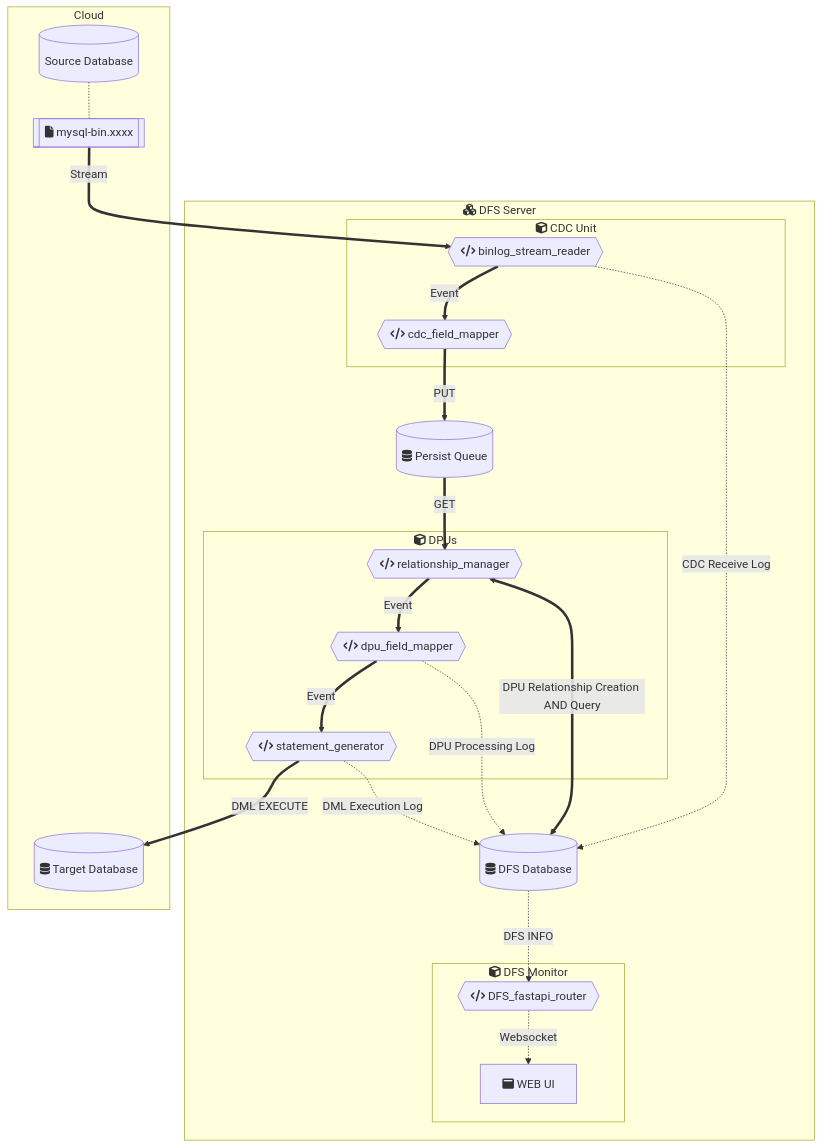
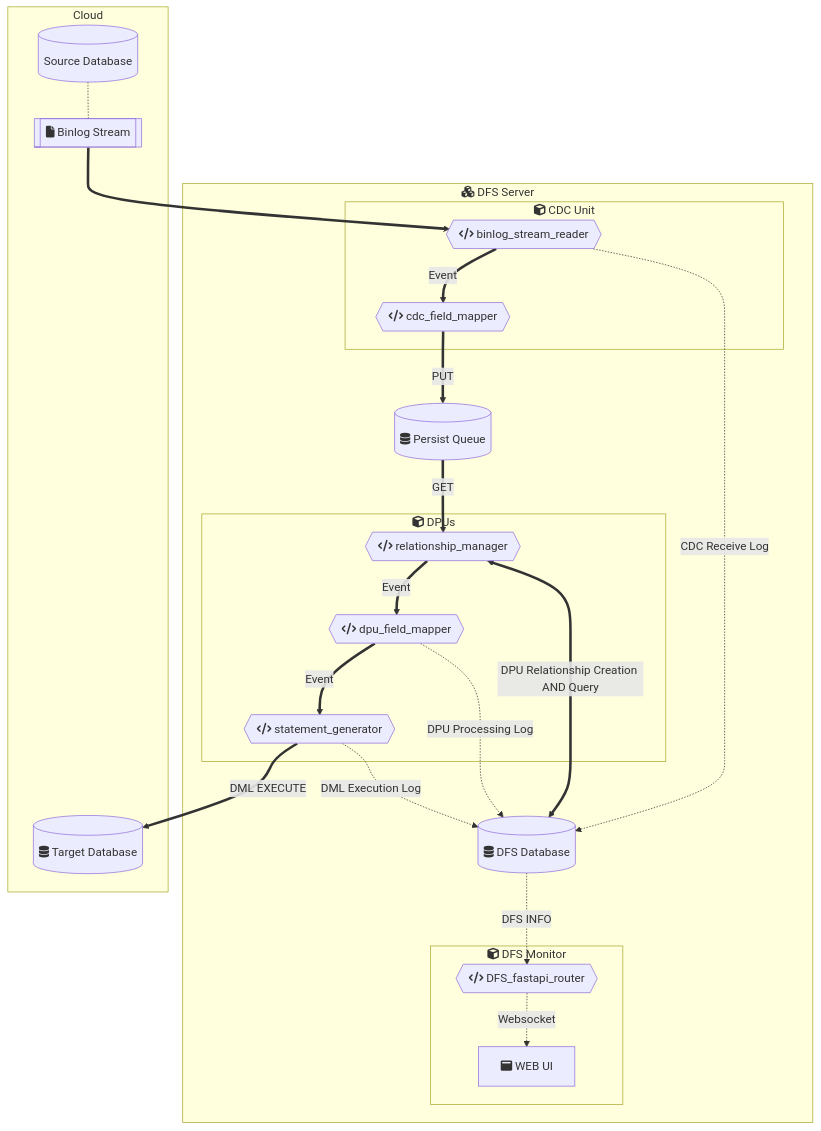
Before and after one commit to qqAys/mysql-dataflowsync: the diagram in README.md, drawn with Mermaid. The commit also changed other lines of this file and 2 other files, not shown here.

````diff
--- a/README.md
+++ b/README.md
@@ -6,51 +20,51 @@
 ```mermaid
 flowchart 
     subgraph "Cloud"
         SDB[("Source Database")]
-        BL[["fa:fa-file mysql-bin.xxxx"]]
+        BL[["fa:fa-file Binlog Stream"]]
         SDB -.- BL
     end
     
     subgraph "fa:fa-cubes DFS Server"
         subgraph "fa:fa-cube CDC Unit"
             BLS{{"fa:fa-code binlog_stream_reader"}}
             FM1{{"fa:fa-code cdc_field_mapper"}}
-            BL ==> |"Stream"| BLS
+            BL ==> BLS
             BLS ==> |"Event"| FM1
         end
         
         
         Q[("fa:fa-database Persist Queue")]
         LDB[("fa:fa-database DFS Database")]
         
         FM1 ==> |"PUT"| Q
         
         subgraph "fa:fa-cube DPUs"
             RM{{"fa:fa-code relationship_manager"}}
             FM2{{"fa:fa-code dpu_field_mapper"}}
             SG{{"fa:fa-code statement_generator"}}
             FM2 ==> |"Event"| SG
             RM ==> |"Event"| FM2
         end
         
         Q ==> |"GET"| RM
         
         subgraph "fa:fa-cube DFS Monitor"
             RTM["fa:fa-window-maximize WEB UI"]
             API{{"fa:fa-code DFS_fastapi_router"}}
             
         end
         
         LDB -.-> |"DFS INFO"| API -.-> |"Websocket"| RTM
         BLS -.-> |"CDC Receive Log"| LDB
         RM <==> |"DPU Relationship Creation AND Query"| LDB
         FM2 -.-> |"DPU Processing Log"| LDB
         SG -.-> |"DML Execution Log"| LDB
         
     end
     
     subgraph "Cloud"
         TDB[("fa:fa-database Target Database")]
         SG ==> |"DML EXECUTE"| TDB
     end 
 ```
````
